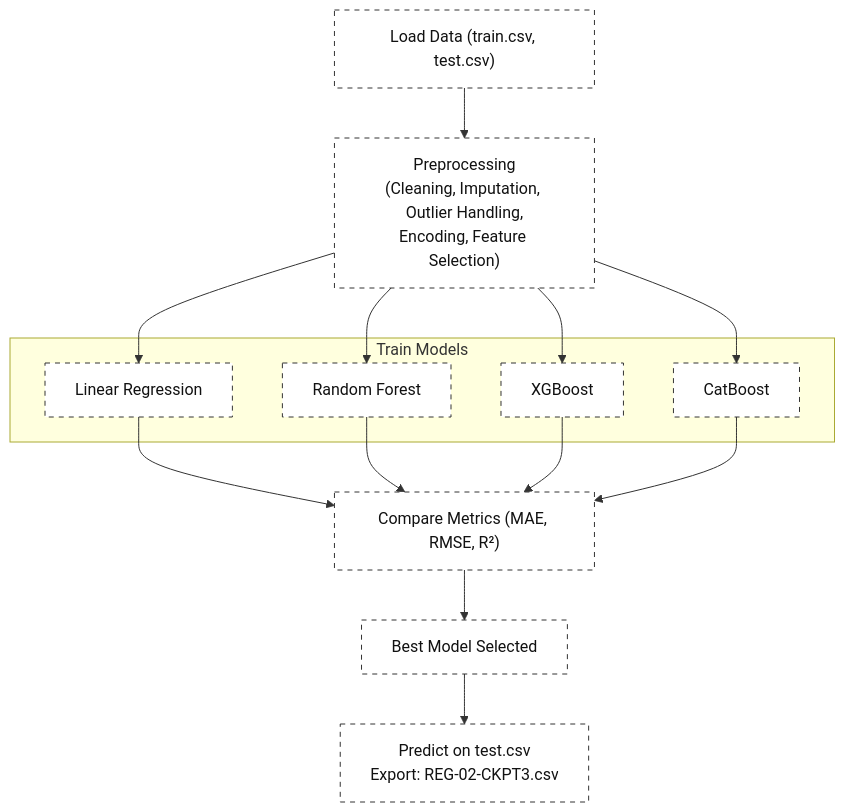
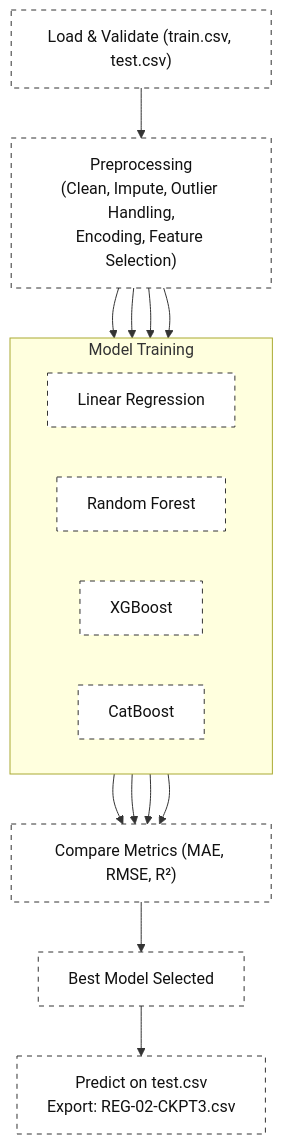
Before and after one commit to vishnu25-ds/House-Price-Prediction: the diagram in README.md, drawn with Mermaid.

````diff
--- a/README.md
+++ b/README.md
@@ -46,26 +46,28 @@
 ```mermaid
 
 
 flowchart TB
-    A["Load Data (train.csv, test.csv)"]
-    B["Preprocessing<br/>(Cleaning, Imputation, Outlier Handling,<br/>Encoding, Feature Selection)"]
+    A["Load & Validate (train.csv, test.csv)"]
+    B["Preprocessing<br/>(Clean, Impute, Outlier Handling,<br/>Encoding, Feature Selection)"]
 
-    subgraph MODELS["Train Models"]
+    subgraph MODELS["Model Training"]
+        direction LR
         C1["Linear Regression"]
         C2["Random Forest"]
         C3["XGBoost"]
         C4["CatBoost"]
     end
 
     D["Compare Metrics (MAE, RMSE, R²)"]
     E["Best Model Selected"]
     F["Predict on test.csv<br/>Export: REG-02-CKPT3.csv"]
 
-    %% Flow connections
+    %% Flow
     A --> B --> C1 & C2 & C3 & C4 --> D --> E --> F
 
-    %% Styling for dashed boxes
+    %% Dashed style for all boxes
     classDef dashed fill:#fff,stroke:#333,stroke-dasharray: 5 5,color:#111;
     class A,B,C1,C2,C3,C4,D,E,F dashed;
 
+
 ```
````
